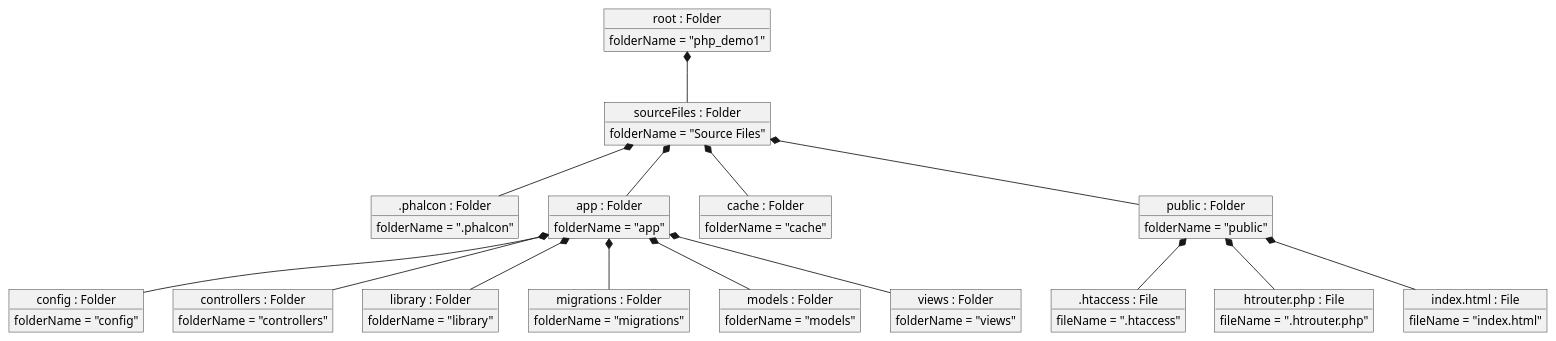
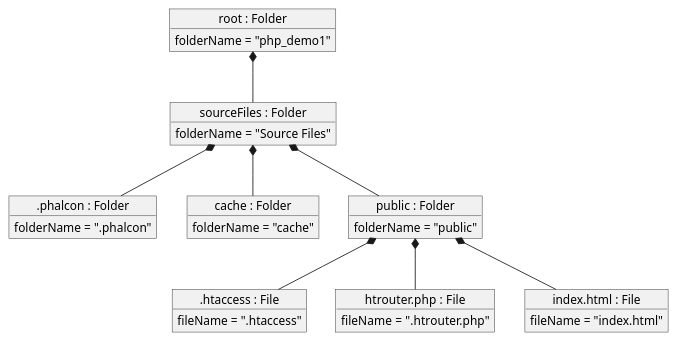
One commit to gummiebearz/CS_3560-Homework_Five changed the diagram in CompositionObject.puml. Above: the diagram before and after it, drawn with PlantUML.

Commit message:
Object diagram after removing subfolder "app"

```diff
--- a/CompositionObject.puml
+++ b/CompositionObject.puml
@@ -1,74 +1,43 @@
 @startuml
 'Object Diagram for exercise 5 - composition
 object "root : Folder" as root
 root : folderName = "php_demo1"
 
 object "sourceFiles : Folder" as sourceFiles
 sourceFiles : folderName = "Source Files"
 
 'Subfolders inside folder 'Source Files'
 object ".phalcon : Folder" as phalcon
 phalcon : folderName = ".phalcon"
 
-object "app : Folder" as app
-app : folderName = "app"
-
 object "cache : Folder" as cache
 cache : folderName = "cache"
 
 object "public : Folder" as public
 public : folderName = "public"
-
-'Subfolders inside folder 'app'
-object "config : Folder" as config
-config : folderName = "config"
-
-object "controllers : Folder" as controllers
-controllers : folderName = "controllers"
-
-object "library : Folder" as library
-library : folderName = "library"
-
-object "migrations : Folder" as migrations
-migrations : folderName = "migrations"
-
-object "models : Folder" as models
-models : folderName = "models"
-
-object "views : Folder" as views
-views : folderName = "views"
 
 'Files inside subfolder 'public'
 object ".htaccess : File" as htaccess
 htaccess : fileName = ".htaccess"
 
 object "htrouter.php : File" as htrouterphp
 htrouterphp : fileName = ".htrouter.php"
 
 object "index.html : File" as indexhtml
 indexhtml : fileName = "index.html"
 
 'Composition relationship *--
 'Folder 'php_demo1' (root) contains folder 'Source Files'
 root *-- sourceFiles
 
 'Folder 'Source Files' contains the following subfolders
 sourceFiles *-- phalcon
-sourceFiles *-- app
 sourceFiles *-- cache
 sourceFiles *-- public
-
-'Folder 'app' contains the following subfolders
-app *-- config
-app *-- controllers
-app *-- library
-app *-- migrations
-app *-- models
-app *-- views
 
 'Subfolder 'public' contains the following files
 public *-- htaccess
 public *-- htrouterphp
 public *-- indexhtml
 
 @enduml
```
